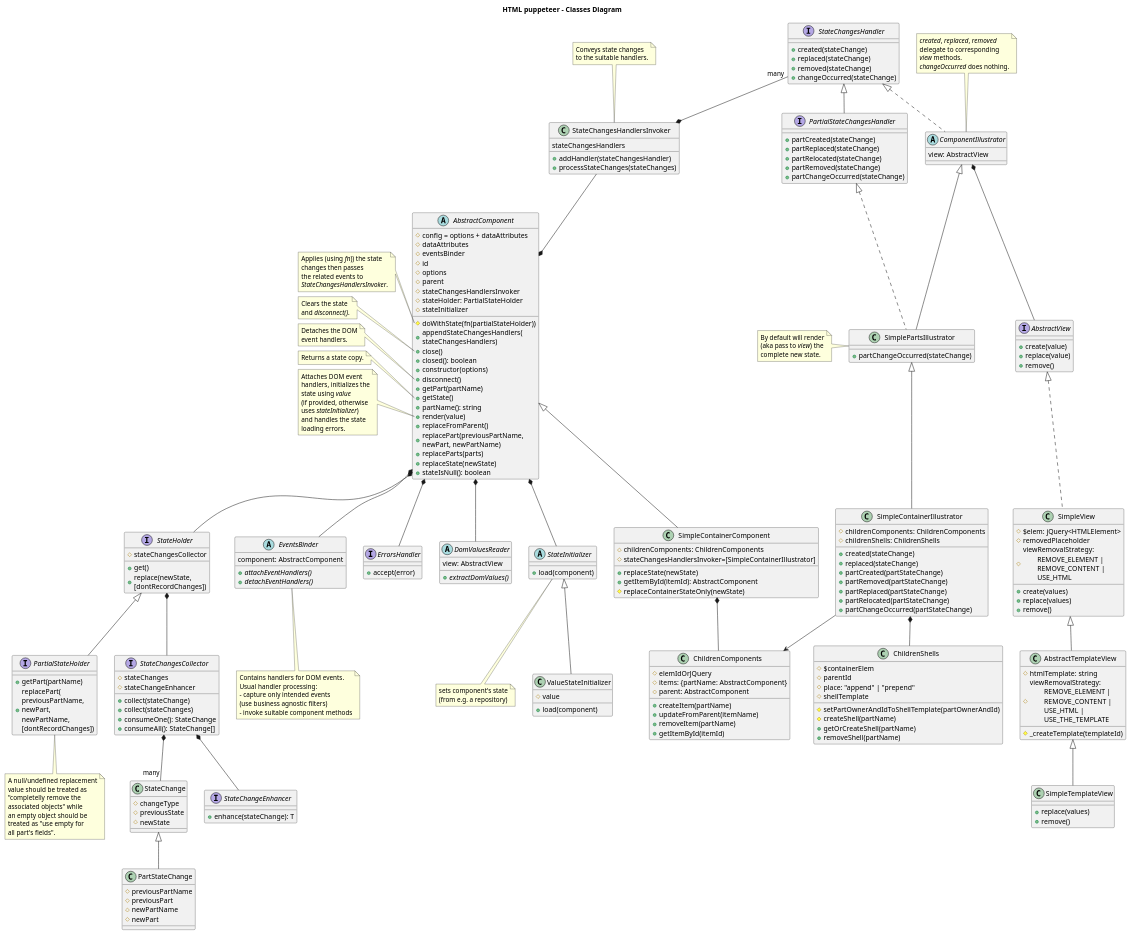
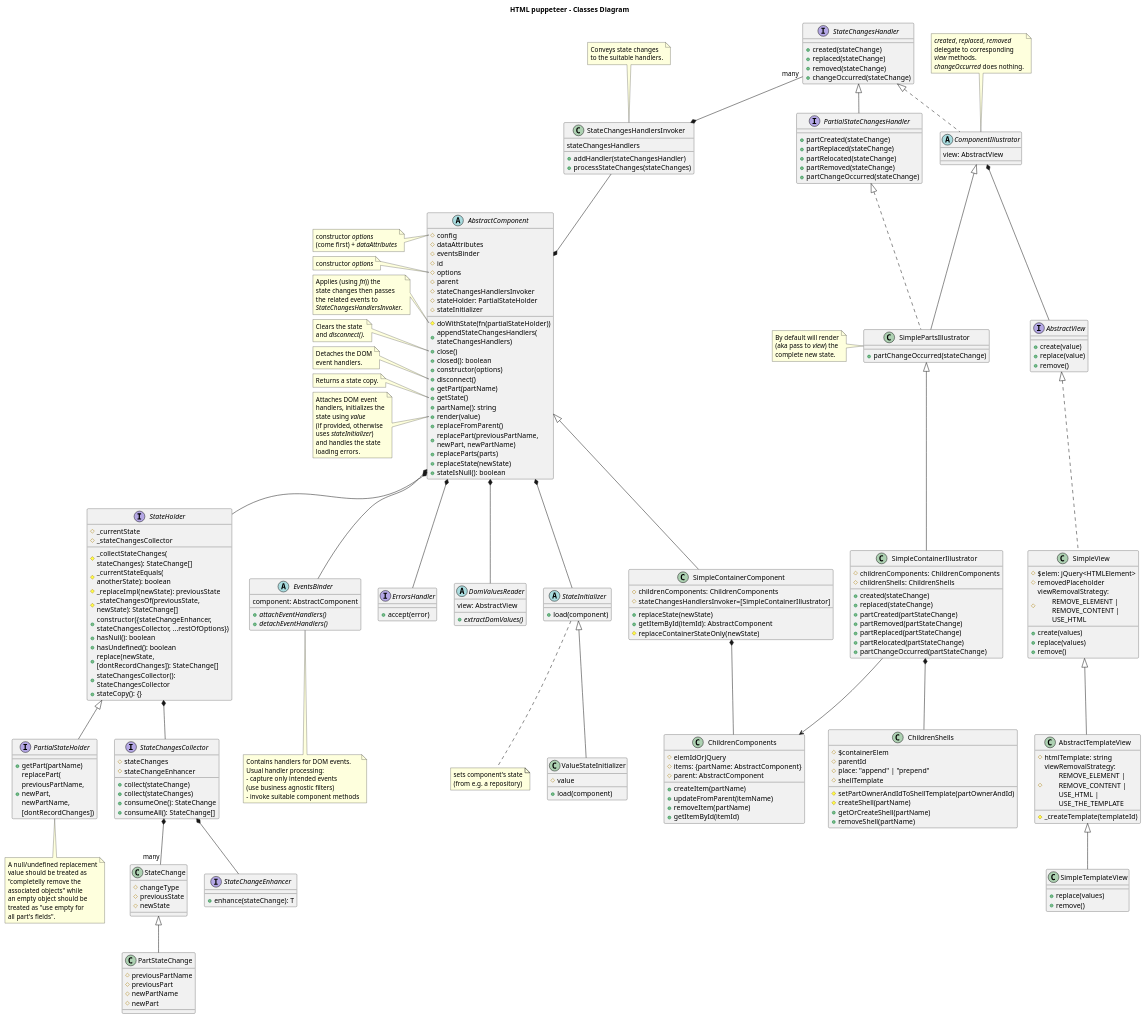
The diagram in design/classes-diagram.puml (adrhc/html-puppeteer), drawn with PlantUML before and after one commit.

Commit message:
classes-diagram.puml: StateHolder update

```diff
--- a/design/classes-diagram.puml
+++ b/design/classes-diagram.puml
@@ -3,7 +3,7 @@
 title HTML puppeteer - Classes Diagram
 
 abstract AbstractComponent {
-  #config = options + dataAttributes
+  #config
   #dataAttributes
   #eventsBinder
   #id
@@ -66,9 +66,18 @@
 element's id could be <i>partName</i>.
 end note'/
 
+note left of AbstractComponent::config
+constructor <i>options</i>
+(come first) + <i>dataAttributes</i>
+end note
+
+note left of AbstractComponent::options
+constructor <i>options</i>
+end note
+
 note left of AbstractComponent::doWithState
-Applies (using <i>fn</i>)) the state
-changes then passes
+Applies (using <i>fn</i>)) the
+state changes then passes
 the related events to
 <i>StateChangesHandlersInvoker</i>.
 end note
@@ -201,9 +210,18 @@
 }
 
 interface StateHolder {
-+get()
-+replace(newState, \n[dontRecordChanges])
-#stateChangesCollector
+#_currentState
+#_stateChangesCollector
+#_collectStateChanges(\nstateChanges): StateChange[]
+#_currentStateEquals(\nanotherState): boolean
+#_replaceImpl(newState): previousState
+#_stateChangesOf(previousState,\nnewState): StateChange[]
++constructor({stateChangeEnhancer,\nstateChangesCollector, ...restOfOptions})
++hasNull(): boolean
++hasUndefined(): boolean
++replace(newState,\n[dontRecordChanges]): StateChange[]
++stateChangesCollector():\nStateChangesCollector
++stateCopy(): {}
 }
 
 /'note left of StateHolder::replace
```
